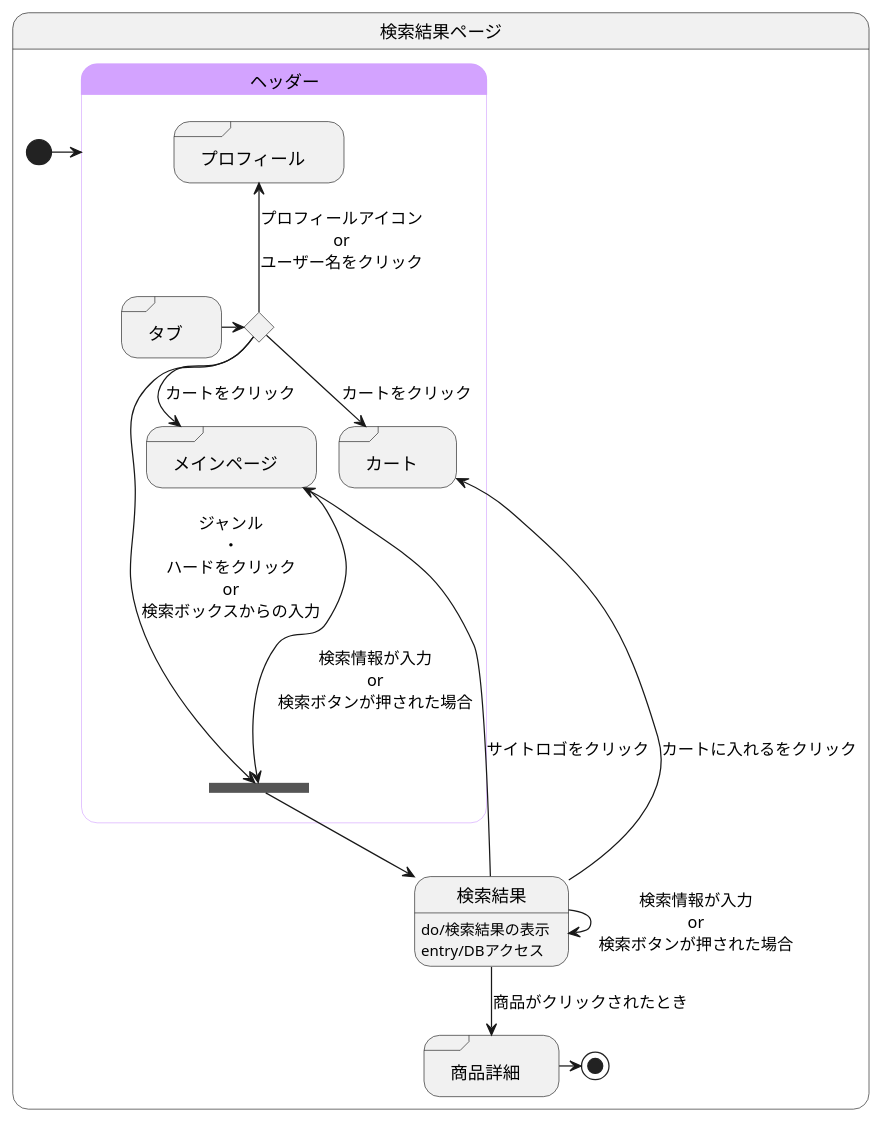
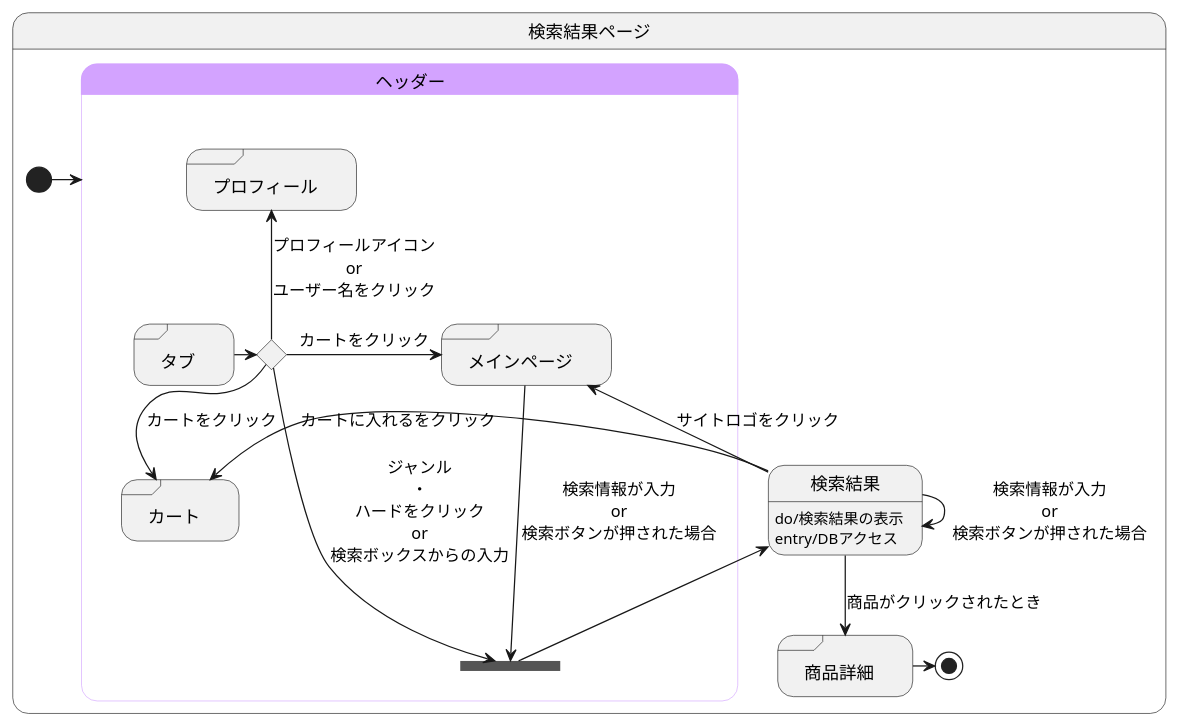
Before and after one commit to akutori/T-D-E: the diagram in 検索結果.md, drawn with PlantUML.

Commit message:
修正

````diff
--- a/検索結果.md
+++ b/検索結果.md
@@ -1,45 +1,45 @@
 ```uml
 @startuml
 state 検索結果ページ{
 
 
     state 検索結果:do/検索結果の表示
     state 検索結果:entry/DBアクセス
     state "商品詳細" as goodsdetail <<sdlreceive>>
     
 
 
     [*] -> ヘッダー
     
     検索結果 --> goodsdetail :商品がクリックされたとき
     検索結果 --> 検索結果 :検索情報が入力\nor\n検索ボタンが押された場合
     goodsdetail -> [*]
     
 
     state ヘッダー<<headder>>{
         state join_header <<join>>
         state ifinput <<choice>>
         state "タブ" as tab <<sdlreceive>>
         state "カート" as cart <<sdlreceive>>
         state "プロフィール" as profile <<sdlreceive>>
         state "メインページ" as mainpage <<sdlreceive>>
 
         tab -> ifinput 
         ifinput --> cart :カートをクリック
         ifinput -up-> profile :プロフィールアイコン\nor\nユーザー名をクリック
-        ifinput --> mainpage :カートをクリック
+        ifinput -> mainpage :カートをクリック
         ifinput -left-> join_header :ジャンル\n・\nハードをクリック\nor\n検索ボックスからの入力
 
         mainpage ---> join_header :検索情報が入力\nor\n検索ボタンが押された場合
-        検索結果 -up-> mainpage :サイトロゴをクリック
+        検索結果 -> mainpage :サイトロゴをクリック
         join_header --> 検索結果
         検索結果 -left-> cart : カートに入れるをクリック
     }
 
     skinparam stateBorderColor<<headder>> #d3a3ff
     state ヘッダー #d3a3ff
 
 }
 
 @enduml
 ```
````
